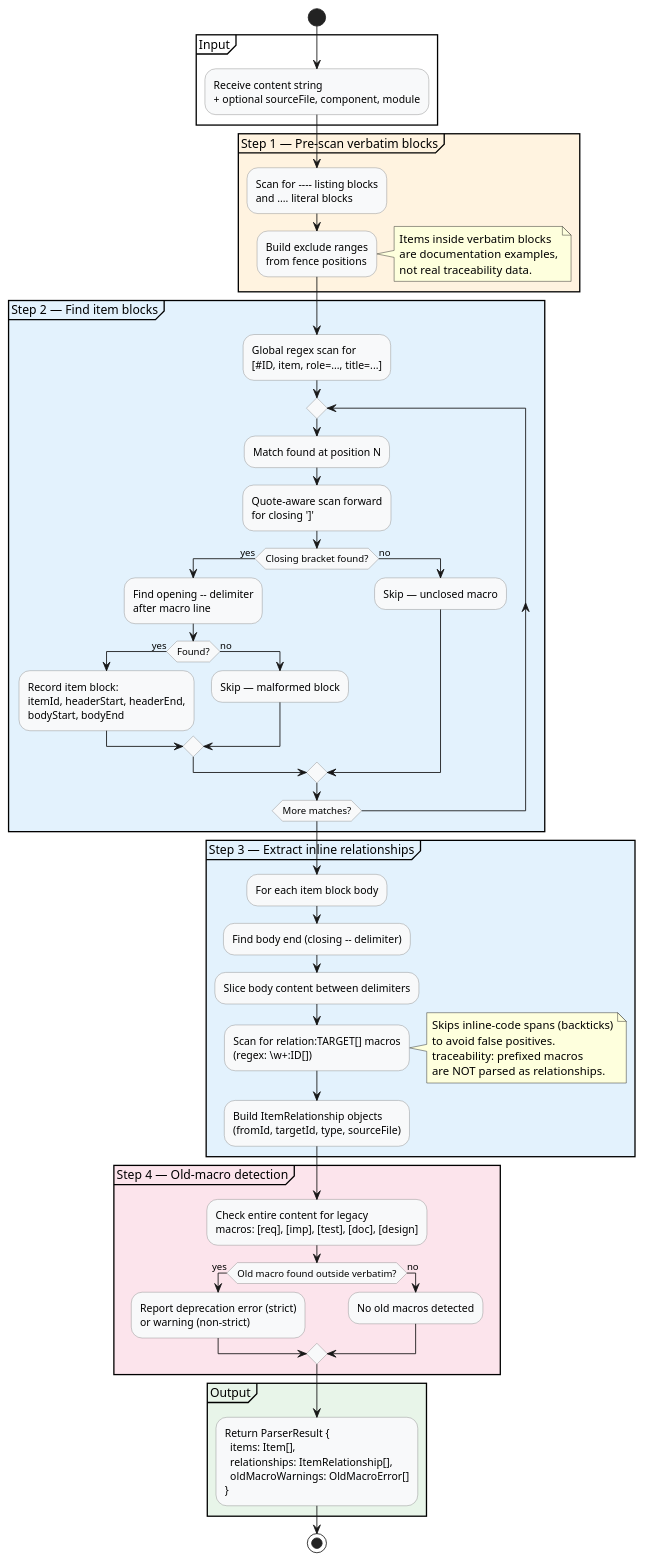
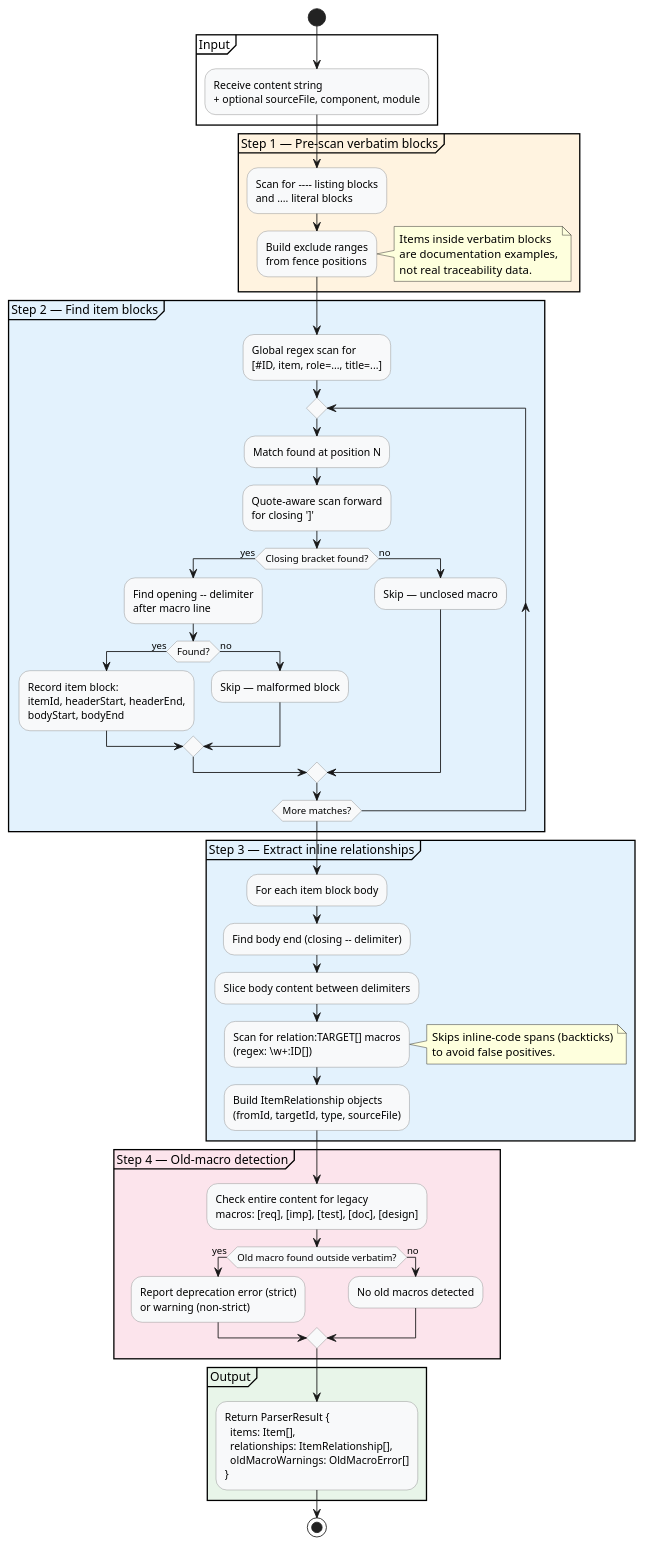
One commit to rattermeyer/antora-tracer changed the diagram in examples/component-one/modules/ROOT/examples/parser-flow.puml. Above: the diagram before and after it, drawn with PlantUML. The commit also changed 6 other files, not shown here.

First line of the commit message:
chore(diagrams): apply architecture diagram improvements

```diff
--- a/examples/component-one/modules/ROOT/examples/parser-flow.puml
+++ b/examples/component-one/modules/ROOT/examples/parser-flow.puml
@@ -1,71 +1,69 @@
 @startuml
 ' DocumentParser — step-by-step regex parsing pipeline
 ' Shows how raw AsciiDoc content becomes ParserResult
 
 skinparam activityBackgroundColor #F8F9FA
 skinparam activityBorderColor #888888
 
 start
 
 partition "Input" {
   :Receive content string\n+ optional sourceFile, component, module;
 }
 
 partition "Step 1 — Pre-scan verbatim blocks" #FFF3E0 {
   :Scan for ---- listing blocks\nand .... literal blocks;
   :Build exclude ranges\nfrom fence positions;
   note right
     Items inside verbatim blocks
     are documentation examples,
     not real traceability data.
   end note
 }
 
 partition "Step 2 — Find item blocks" #E3F2FD {
   :Global regex scan for\n[#ID, item, role=..., title=...];
   repeat
     :Match found at position N;
     :Quote-aware scan forward\nfor closing ']';
     if (Closing bracket found?) then (yes)
       :Find opening -- delimiter\nafter macro line;
       if (Found?) then (yes)
         :Record item block:\nitemId, headerStart, headerEnd,\nbodyStart, bodyEnd;
       else (no)
         :Skip — malformed block;
       endif
     else (no)
       :Skip — unclosed macro;
     endif
   repeat while (More matches?)
 }
 
 partition "Step 3 — Extract inline relationships" #E3F2FD {
   :For each item block body;
   :Find body end (closing -- delimiter);
   :Slice body content between delimiters;
   :Scan for relation:TARGET[] macros\n(regex: \\w+:ID[]);
   note right
     Skips inline-code spans (backticks)
     to avoid false positives.
-    traceability: prefixed macros
-    are NOT parsed as relationships.
   end note
   :Build ItemRelationship objects\n(fromId, targetId, type, sourceFile);
 }
 
 partition "Step 4 — Old-macro detection" #FCE4EC {
   :Check entire content for legacy\nmacros: [req], [imp], [test], [doc], [design];
   if (Old macro found outside verbatim?) then (yes)
     :Report deprecation error (strict)\nor warning (non-strict);
   else (no)
     :No old macros detected;
   endif
 }
 
 partition "Output" #E8F5E9 {
   :Return ParserResult {\n  items: Item[],\n  relationships: ItemRelationship[],\n  oldMacroWarnings: OldMacroError[]\n};
 }
 
 stop
 
 @enduml
```
